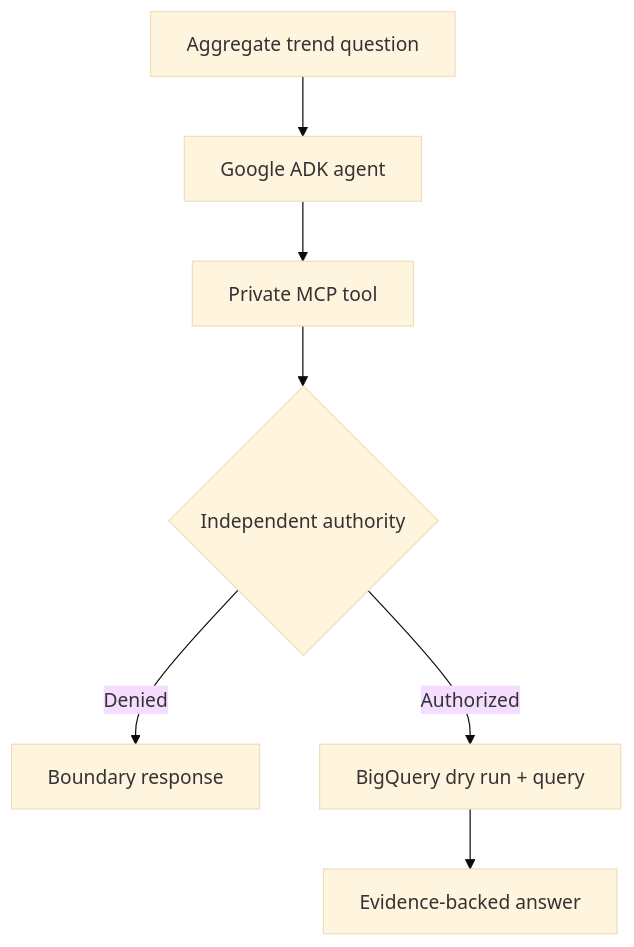
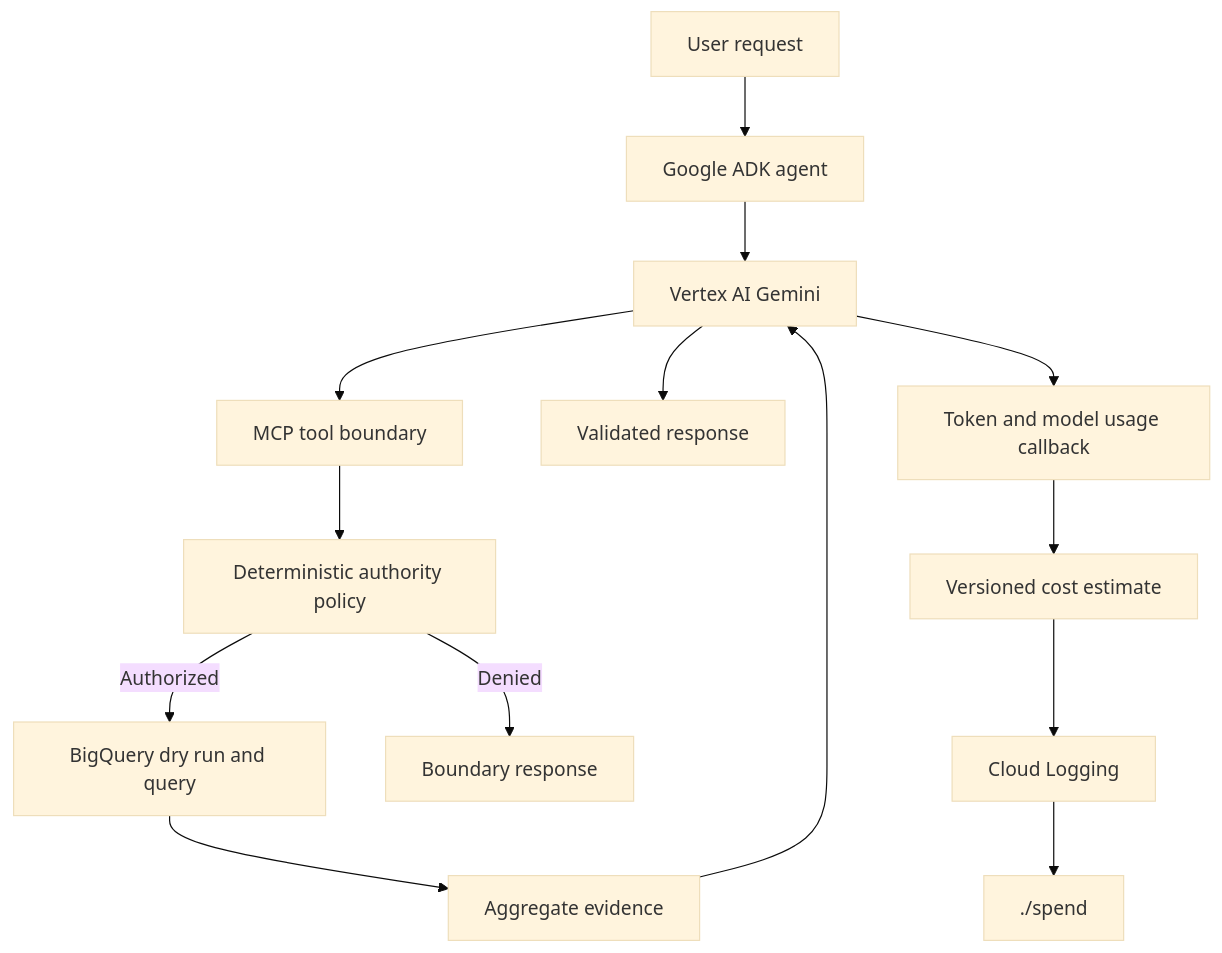
The diagram in README.md (malex4hire/abyss-medicare-stars-agent), drawn with Mermaid (base theme) before and after one commit. The commit also changed other lines of this file, not shown here.

Commit message:
Add cost observability to architecture diagram

````diff
--- a/README.md
+++ b/README.md
@@ -113,9 +113,16 @@
 ```mermaid
-flowchart TD
-    Q[Aggregate trend question] --> A[Google ADK agent]
-    A --> M[Private MCP tool]
-    M --> P{Independent authority}
+  flowchart TD
+    U[User request] --> A[Google ADK agent]
+    A --> V[Vertex AI Gemini]
+    V --> M[MCP tool boundary]
+    M --> P[Deterministic authority policy]
+    P -->|Authorized| B[BigQuery dry run and query]
     P -->|Denied| D[Boundary response]
-    P -->|Authorized| B[BigQuery dry run + query]
-    B --> V[Evidence-backed answer]
+    B --> E[Aggregate evidence]
+    E --> V
+    V --> R[Validated response]
+    V --> O[Token and model usage callback]
+    O --> C[Versioned cost estimate]
+    C --> L[Cloud Logging]
+    L --> S["./spend"]
 ```
````
